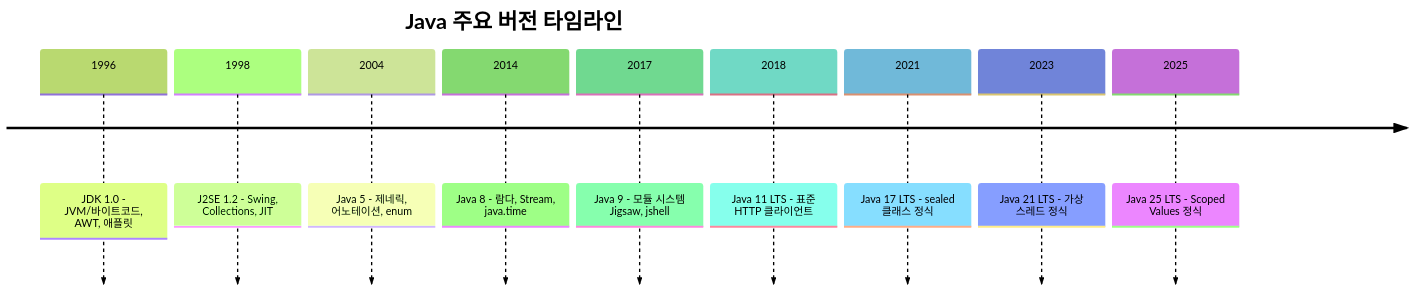
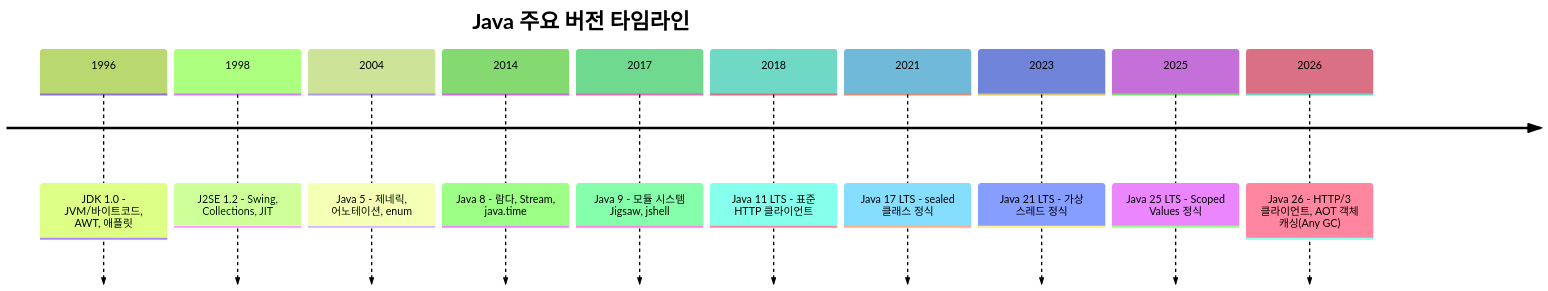
One commit to junhyeong9812/java-spring-history changed the first of 3 diagrams in java/README.md. Above: the diagram before and after it, drawn with Mermaid (forest theme). The commit also changed other lines of this file and 4 other files, not shown here.

````diff
--- a/java/README.md
+++ b/java/README.md
@@ -50,13 +51,14 @@
 ```mermaid
 timeline
     title Java 주요 버전 타임라인
     1996 : JDK 1.0 - JVM/바이트코드, AWT, 애플릿
     1998 : J2SE 1.2 - Swing, Collections, JIT
     2004 : Java 5 - 제네릭, 어노테이션, enum
     2014 : Java 8 - 람다, Stream, java.time
     2017 : Java 9 - 모듈 시스템 Jigsaw, jshell
     2018 : Java 11 LTS - 표준 HTTP 클라이언트
     2021 : Java 17 LTS - sealed 클래스 정식
     2023 : Java 21 LTS - 가상 스레드 정식
     2025 : Java 25 LTS - Scoped Values 정식
+    2026 : Java 26 - HTTP/3 클라이언트, AOT 객체 캐싱(Any GC)
 ```
````
